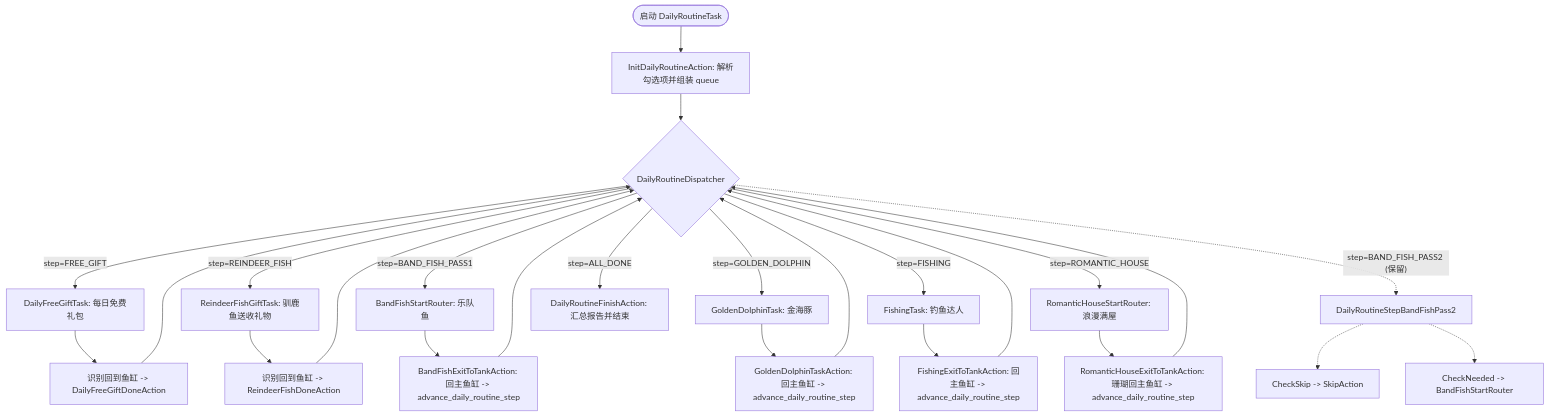
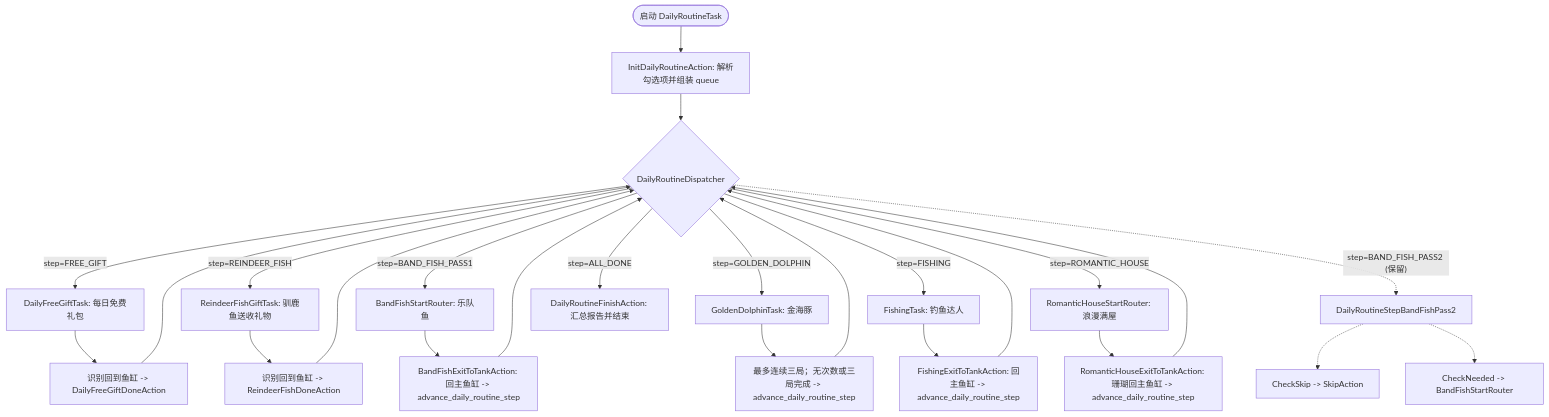
One commit to zhimaheiye/MaaHappyFish changed the diagram in docs/features/daily-routine.md. Above: the diagram before and after it, drawn with Mermaid. The commit also changed other lines of this file and 44 other files, not shown here.

````diff
--- a/docs/features/daily-routine.md
+++ b/docs/features/daily-routine.md
@@ -51,34 +51,34 @@
 ```mermaid
 flowchart TD
     Start([启动 DailyRoutineTask]) --> Init[InitDailyRoutineAction: 解析勾选项并组装 queue]
     Init --> Dispatcher{DailyRoutineDispatcher}
 
     %% 步骤分发
     Dispatcher -- step=FREE_GIFT --> FG[DailyFreeGiftTask: 每日免费礼包]
     Dispatcher -- step=REINDEER_FISH --> RF[ReindeerFishGiftTask: 驯鹿鱼送收礼物]
     Dispatcher -- step=BAND_FISH_PASS1 --> BF[BandFishStartRouter: 乐队鱼]
     Dispatcher -- step=GOLDEN_DOLPHIN --> GD[GoldenDolphinTask: 金海豚]
     Dispatcher -- step=FISHING --> FI[FishingTask: 钓鱼达人]
     Dispatcher -- step=ROMANTIC_HOUSE --> RH[RomanticHouseStartRouter: 浪漫满屋]
     Dispatcher -- step=ALL_DONE --> Finish[DailyRoutineFinishAction: 汇总报告并结束]
 
     %% 退出与队列推进
     FG --> FG_Exit[识别回到鱼缸 -> DailyFreeGiftDoneAction]
     RF --> RF_Exit[识别回到鱼缸 -> ReindeerFishDoneAction]
     BF --> BF_Exit[BandFishExitToTankAction: 回主鱼缸 -> advance_daily_routine_step]
-    GD --> GD_Exit[GoldenDolphinTaskAction: 回主鱼缸 -> advance_daily_routine_step]
+    GD --> GD_Exit[最多连续三局；无次数或三局完成 -> advance_daily_routine_step]
     FI --> FI_Exit[FishingExitToTankAction: 回主鱼缸 -> advance_daily_routine_step]
     RH --> RH_Exit[RomanticHouseExitToTankAction: 珊瑚回主鱼缸 -> advance_daily_routine_step]
 
     FG_Exit --> Dispatcher
     RF_Exit --> Dispatcher
     BF_Exit --> Dispatcher
     GD_Exit --> Dispatcher
     FI_Exit --> Dispatcher
     RH_Exit --> Dispatcher
 
     %% 保留的两阶段拓扑 (Pass 2)
     Dispatcher -. step=BAND_FISH_PASS2 (保留) .-> P2[DailyRoutineStepBandFishPass2]
     P2 -.-> P2_Skip[CheckSkip -> SkipAction]
     P2 -.-> P2_Run[CheckNeeded -> BandFishStartRouter]
 ```
````
